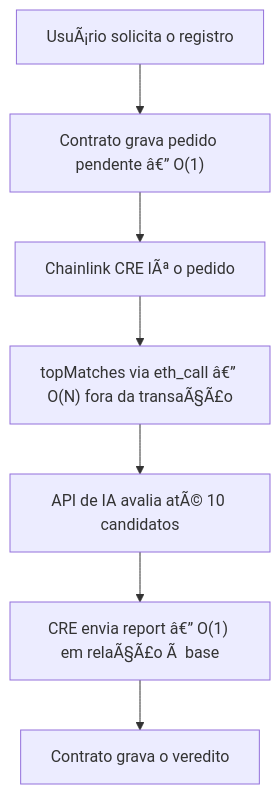
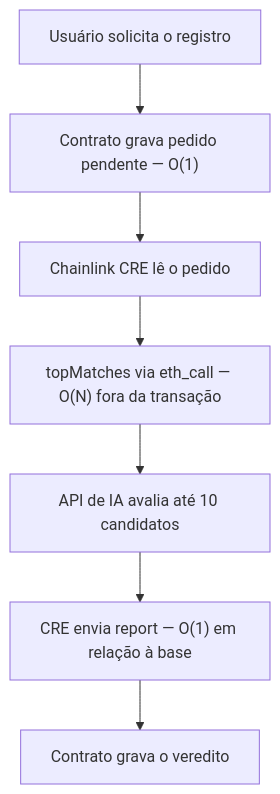
The diagram in UNBOUNDED LOOP.md (armanfm/MarcasChain), drawn with Mermaid before and after one commit. The commit also changed other lines of this file, not shown here.

````diff
--- a/UNBOUNDED LOOP.md
+++ b/UNBOUNDED LOOP.md
@@ -82,9 +82,9 @@
 ```mermaid
 flowchart TD
-    U["UsuÃ¡rio solicita o registro"] --> P["Contrato grava pedido pendente â€” O(1)"]
-    P --> C["Chainlink CRE lÃª o pedido"]
-    C --> V["topMatches via eth_call â€” O(N) fora da transaÃ§Ã£o"]
-    V --> I["API de IA avalia atÃ© 10 candidatos"]
-    I --> R["CRE envia report â€” O(1) em relaÃ§Ã£o Ã  base"]
+    U["Usuário solicita o registro"] --> P["Contrato grava pedido pendente — O(1)"]
+    P --> C["Chainlink CRE lê o pedido"]
+    C --> V["topMatches via eth_call — O(N) fora da transação"]
+    V --> I["API de IA avalia até 10 candidatos"]
+    I --> R["CRE envia report — O(1) em relação à base"]
     R --> S["Contrato grava o veredito"]
 ```
````
